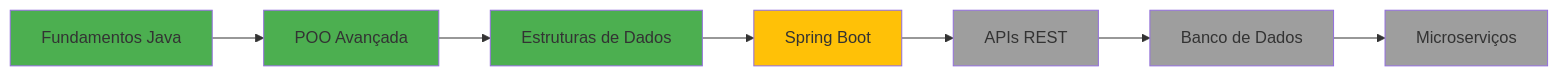
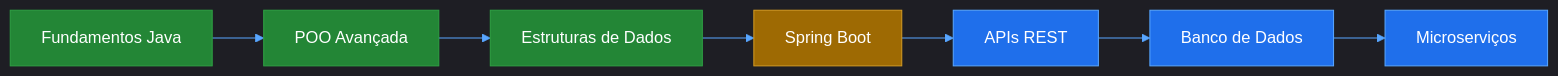
The diagram in README.md (MaykoFiel/MaykoFiel), drawn with Mermaid before and after one commit. The commit also changed other lines of this file, not shown here.

````diff
--- a/README.md
+++ b/README.md
@@ -152,17 +199,18 @@
 ```mermaid
+%%{init: {'theme':'dark', 'themeVariables': { 'darkMode': true, 'primaryColor':'#00d9ff', 'primaryTextColor':'#c9d1d9', 'primaryBorderColor':'#30363d', 'lineColor':'#58a6ff', 'secondaryColor':'#161b22', 'tertiaryColor':'#0d1117'}}}%%
 graph LR
     A[Fundamentos Java] --> B[POO Avançada]
     B --> C[Estruturas de Dados]
     C --> D[Spring Boot]
     D --> E[APIs REST]
     E --> F[Banco de Dados]
     F --> G[Microserviços]
     
-    style A fill:#4CAF50
-    style B fill:#4CAF50
-    style C fill:#4CAF50
-    style D fill:#FFC107
-    style E fill:#9E9E9E
-    style F fill:#9E9E9E
-    style G fill:#9E9E9E
+    style A fill:#238636,stroke:#2ea043,color:#fff
+    style B fill:#238636,stroke:#2ea043,color:#fff
+    style C fill:#238636,stroke:#2ea043,color:#fff
+    style D fill:#9e6a03,stroke:#d29922,color:#fff
+    style E fill:#1f6feb,stroke:#58a6ff,color:#fff
+    style F fill:#1f6feb,stroke:#58a6ff,color:#fff
+    style G fill:#1f6feb,stroke:#58a6ff,color:#fff
 ```
````
